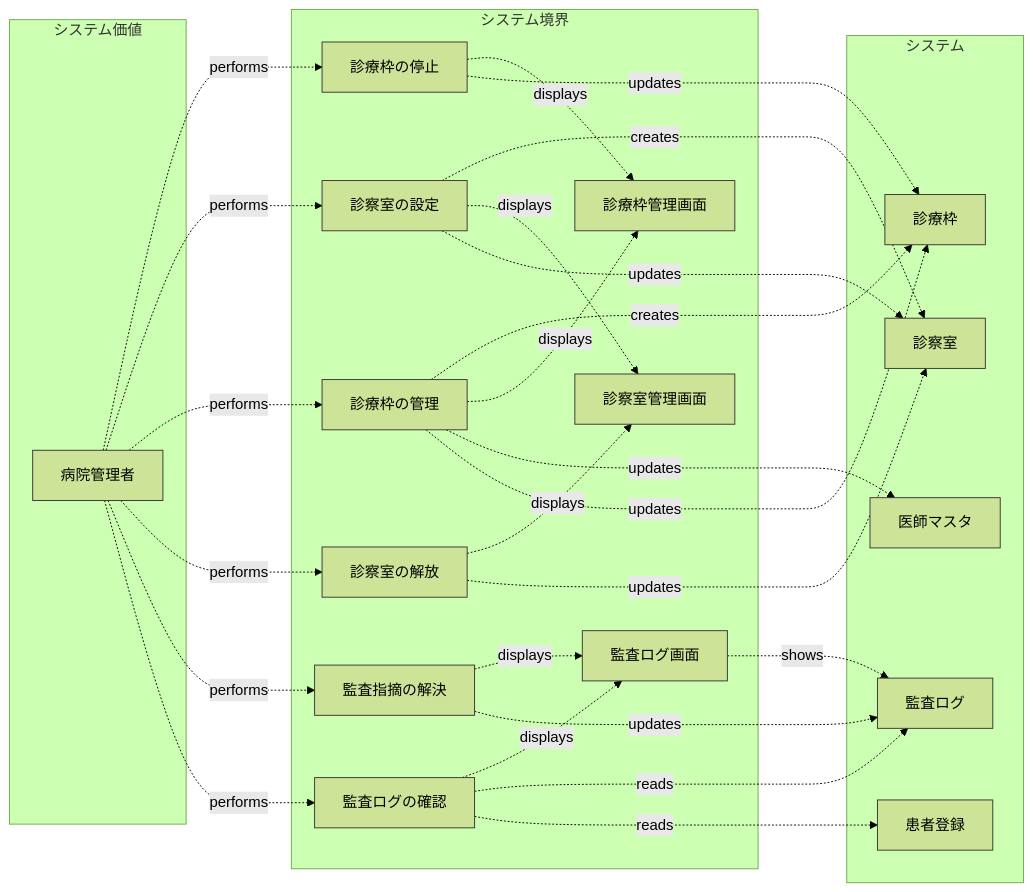
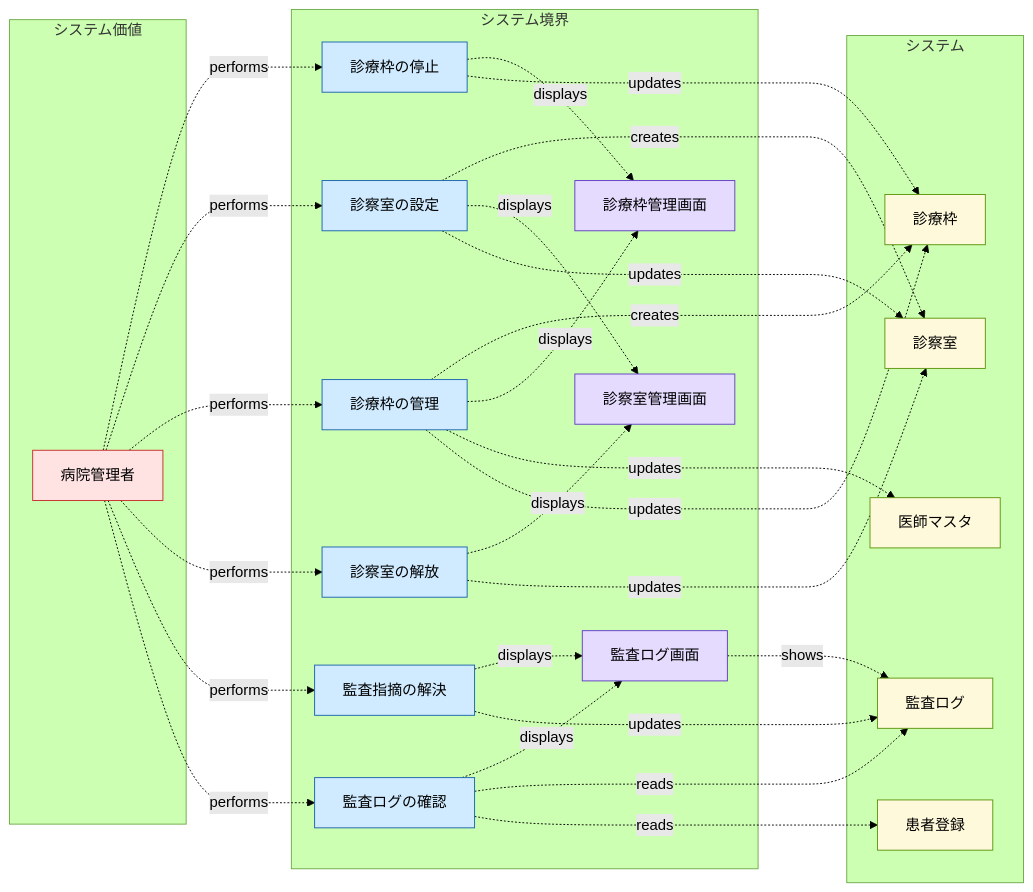
Before and after one commit to manji-0/rdra-ish-dsl: the diagram in samples/clinic-ops/out/buc/usecase_staff_administration.mmd, drawn with Mermaid (forest theme). The commit also changed 76 other files, not shown here.

First line of the commit message:
feat(cli): colour each RDRA element family in the flowchart diagrams

```diff
--- a/samples/clinic-ops/out/buc/usecase_staff_administration.mmd
+++ b/samples/clinic-ops/out/buc/usecase_staff_administration.mmd
@@ -1,67 +1,67 @@
 %% rdra-ish diagram=usecase scope=buc:BucStaffAdministration model=samples/clinic-ops
 %% layers: value=システム価値 boundary=システム境界 system=システム
 %% kinds: actor usecase screen entity
 %% omitted: buc medium permission api
 flowchart LR
   subgraph layer_value["システム価値"]
     actor__ClinicAdmin["病院管理者"]:::actor
   end
   subgraph layer_boundary["システム境界"]
     usecase__BlockScheduleSlot["診療枠の停止"]:::usecase
     usecase__ConfigureRoom["診察室の設定"]:::usecase
     usecase__ManageProviderSchedule["診療枠の管理"]:::usecase
     usecase__ReleaseRoom["診察室の解放"]:::usecase
     usecase__ResolveAuditFinding["監査指摘の解決"]:::usecase
     usecase__ReviewAuditEvents["監査ログの確認"]:::usecase
     screen__AuditReviewScreen["監査ログ画面"]:::screen
     screen__RoomAdminScreen["診察室管理画面"]:::screen
     screen__ScheduleAdminScreen["診療枠管理画面"]:::screen
   end
   subgraph layer_system["システム"]
     entity__AuditEvent["監査ログ"]:::entity
     entity__PatientAccount["患者登録"]:::entity
     entity__Provider["医師マスタ"]:::entity
     entity__ProviderSchedule["診療枠"]:::entity
     entity__Room["診察室"]:::entity
   end
   actor__ClinicAdmin -.->|performs| usecase__BlockScheduleSlot
   %% derived actor__ClinicAdmin -> usecase__BlockScheduleSlot via buc__BucStaffAdministration
   actor__ClinicAdmin -.->|performs| usecase__ConfigureRoom
   %% derived actor__ClinicAdmin -> usecase__ConfigureRoom via buc__BucStaffAdministration
   actor__ClinicAdmin -.->|performs| usecase__ManageProviderSchedule
   %% derived actor__ClinicAdmin -> usecase__ManageProviderSchedule via buc__BucStaffAdministration
   actor__ClinicAdmin -.->|performs| usecase__ReleaseRoom
   %% derived actor__ClinicAdmin -> usecase__ReleaseRoom via buc__BucStaffAdministration
   actor__ClinicAdmin -.->|performs| usecase__ResolveAuditFinding
   %% derived actor__ClinicAdmin -> usecase__ResolveAuditFinding via buc__BucStaffAdministration
   actor__ClinicAdmin -.->|performs| usecase__ReviewAuditEvents
   %% derived actor__ClinicAdmin -> usecase__ReviewAuditEvents via buc__BucStaffAdministration
   screen__AuditReviewScreen -.->|shows| entity__AuditEvent
   usecase__BlockScheduleSlot -.->|displays| screen__ScheduleAdminScreen
   usecase__BlockScheduleSlot -.->|updates| entity__ProviderSchedule
   %% derived usecase__BlockScheduleSlot -> entity__ProviderSchedule via api__BlockScheduleSlotApi
   usecase__ConfigureRoom -.->|creates| entity__Room
   %% derived usecase__ConfigureRoom -> entity__Room via api__RoomAdminApi
   usecase__ConfigureRoom -.->|displays| screen__RoomAdminScreen
   usecase__ConfigureRoom -.->|updates| entity__Room
   %% derived usecase__ConfigureRoom -> entity__Room via api__RoomAdminApi
   usecase__ManageProviderSchedule -.->|creates| entity__ProviderSchedule
   %% derived usecase__ManageProviderSchedule -> entity__ProviderSchedule via api__ManageProviderScheduleApi
   usecase__ManageProviderSchedule -.->|displays| screen__ScheduleAdminScreen
   usecase__ManageProviderSchedule -.->|updates| entity__Provider
   %% derived usecase__ManageProviderSchedule -> entity__Provider via api__ManageProviderScheduleApi
   usecase__ManageProviderSchedule -.->|updates| entity__ProviderSchedule
   %% derived usecase__ManageProviderSchedule -> entity__ProviderSchedule via api__ManageProviderScheduleApi
   usecase__ReleaseRoom -.->|displays| screen__RoomAdminScreen
   usecase__ReleaseRoom -.->|updates| entity__Room
   usecase__ResolveAuditFinding -.->|displays| screen__AuditReviewScreen
   usecase__ResolveAuditFinding -.->|updates| entity__AuditEvent
   usecase__ReviewAuditEvents -.->|displays| screen__AuditReviewScreen
   usecase__ReviewAuditEvents -.->|reads| entity__AuditEvent
   %% derived usecase__ReviewAuditEvents -> entity__AuditEvent via api__AuditApi
   usecase__ReviewAuditEvents -.->|reads| entity__PatientAccount
   %% derived usecase__ReviewAuditEvents -> entity__PatientAccount via api__AuditApi
-  classDef actor stroke:#333;
-  classDef usecase stroke:#333;
-  classDef screen stroke:#333;
-  classDef entity stroke:#333;
+  classDef actor fill:#ffe3e3,stroke:#c92a2a,color:#000;
+  classDef usecase fill:#d0ebff,stroke:#1864ab,color:#000;
+  classDef screen fill:#e5dbff,stroke:#5f3dc4,color:#000;
+  classDef entity fill:#fff9db,stroke:#5c940d,color:#000;
```
